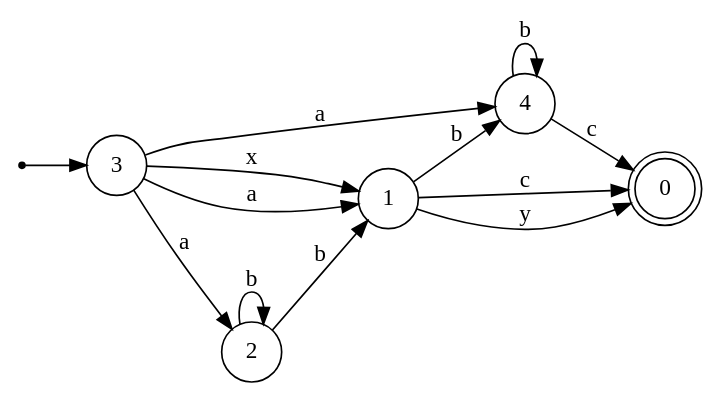
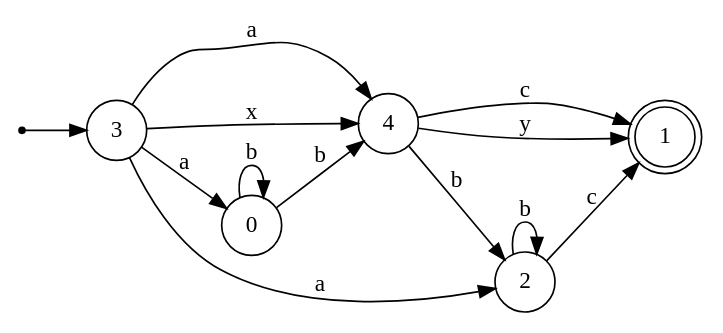
One commit to LeonardoDeFaveri/NFA-minimization changed the diagram in minimized/right.gv. Above: the diagram before and after it, drawn with Graphviz. The commit also changed 14 other files, not shown here.

```diff
--- a/minimized/right.gv
+++ b/minimized/right.gv
@@ -1,22 +1,22 @@
 digraph {
 	rankdir = LR;
 	size = "30,20";
 	node [shape = point]; "dummy0"
 	node [shape = circle]; "3"
 	"dummy0" -> "3";
+	node [shape = doublecircle]; "1";
 	node [shape = circle]; "4";
-	node [shape = circle]; "1";
+	node [shape = circle]; "0";
 	node [shape = circle]; "2";
-	node [shape = doublecircle]; "0";
-	"2" -> "1" [label = "b"];
+	"4" -> "1" [label = "c"];
+	"4" -> "2" [label = "b"];
+	"4" -> "1" [label = "y"];
+	"0" -> "0" [label = "b"];
+	"0" -> "4" [label = "b"];
 	"2" -> "2" [label = "b"];
-	"4" -> "4" [label = "b"];
-	"4" -> "0" [label = "c"];
-	"3" -> "1" [label = "x"];
-	"3" -> "1" [label = "a"];
+	"2" -> "1" [label = "c"];
+	"3" -> "0" [label = "a"];
 	"3" -> "2" [label = "a"];
 	"3" -> "4" [label = "a"];
-	"1" -> "0" [label = "c"];
-	"1" -> "4" [label = "b"];
-	"1" -> "0" [label = "y"];
+	"3" -> "4" [label = "x"];
 }
```
